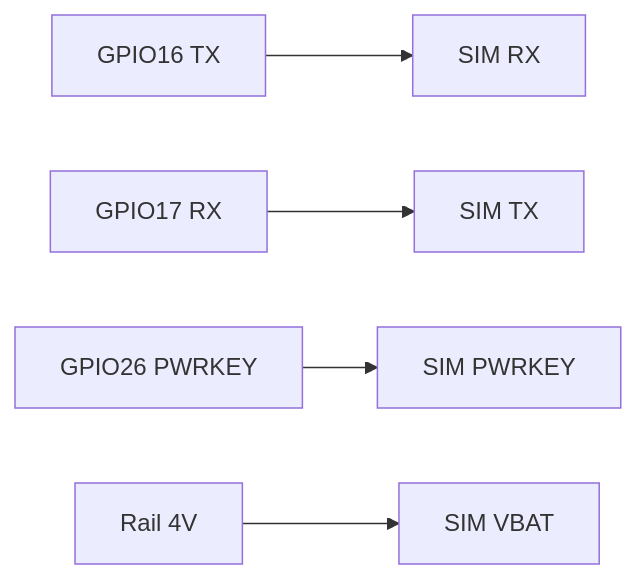
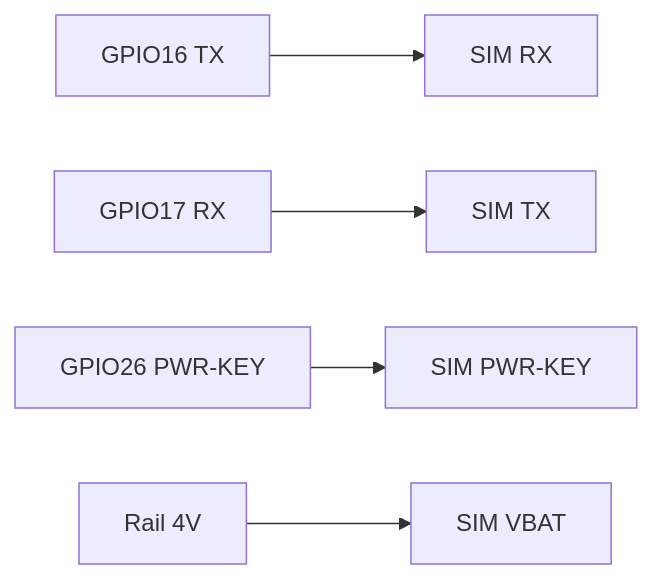
Before and after one commit to anmh1205/IoT_Vehicle_Tracking_System: the diagram in resources/reports/thesis/final/assets/uml/thesis-99-bao-cao-thesis-hoan-chinh-08.mmd, drawn with Mermaid. The commit also changed 332 other files, not shown here.

```diff
--- a/resources/reports/thesis/final/assets/uml/thesis-99-bao-cao-thesis-hoan-chinh-08.mmd
+++ b/resources/reports/thesis/final/assets/uml/thesis-99-bao-cao-thesis-hoan-chinh-08.mmd
@@ -1,5 +1,5 @@
 flowchart LR
     TX["GPIO16 TX"] --> RXM["SIM RX"]
     RX["GPIO17 RX"] --> TXM["SIM TX"]
-    PWRKEY["GPIO26 PWRKEY"] --> SIMPWR["SIM PWRKEY"]
+    PWRKEY["GPIO26 PWR-KEY"] --> SIMPWR["SIM PWR-KEY"]
     V4["Rail 4V"] --> VBAT["SIM VBAT"]
```
